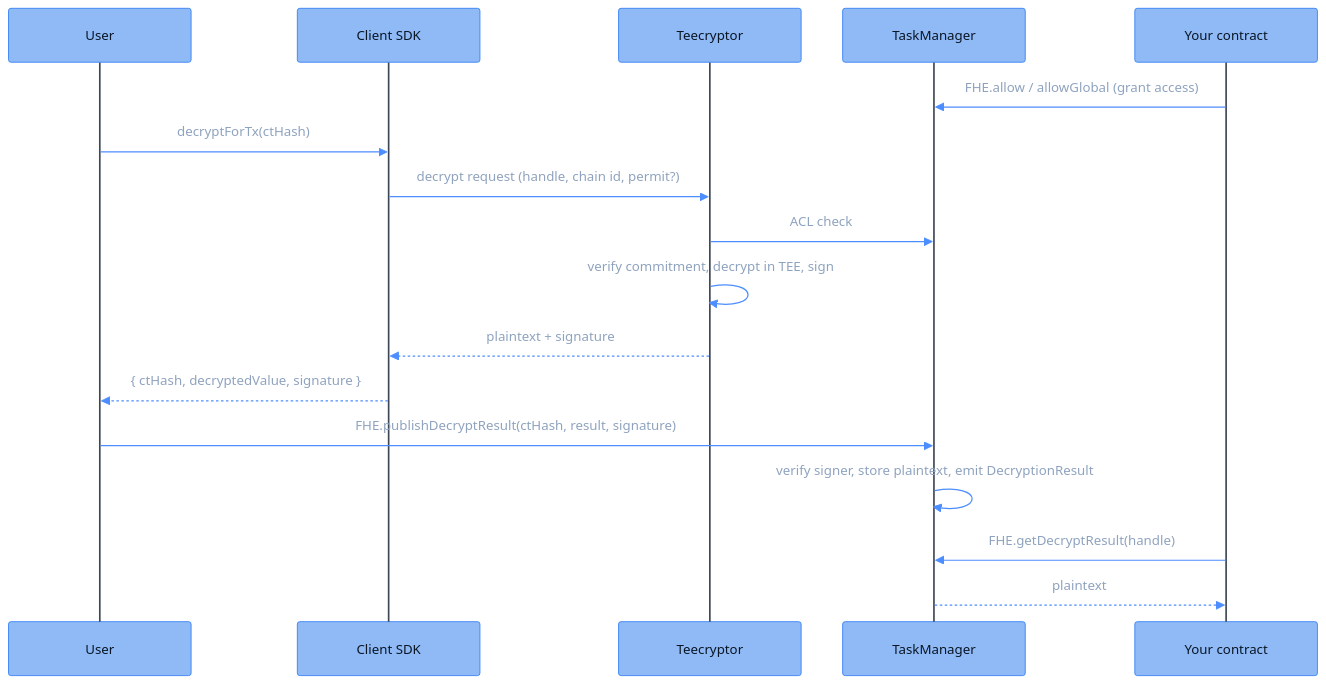
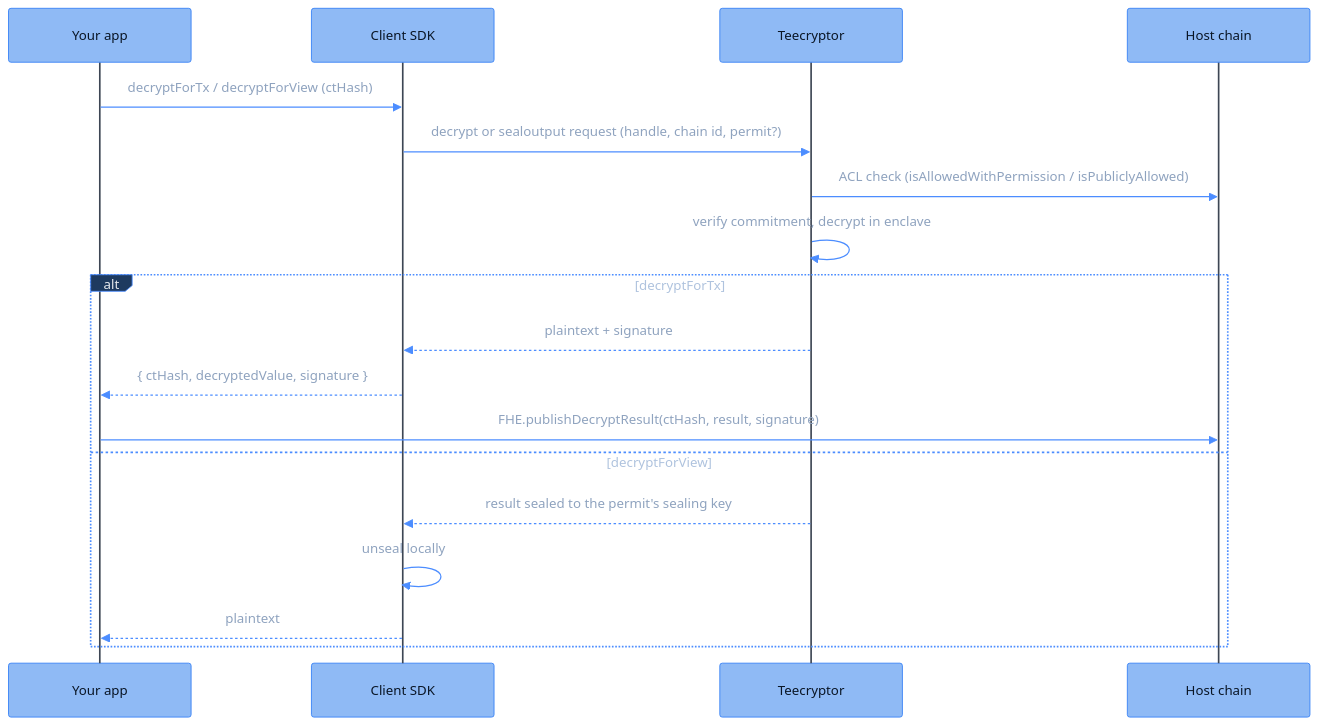
Before and after one commit to FhenixProtocol/fhenix-developer-docs: the diagram in deep-dive/data-flows/decryption-request-flow.mdx, drawn with Mermaid. The commit also changed other lines of this file and 3 other files, not shown here.

Commit message:
[DOCS] deep-dive/decryption-request-flow: merge offchain decryption page into one Decryption Flow, redirect and SDK guide links

````diff
--- a/deep-dive/data-flows/decryption-request-flow.mdx
+++ b/deep-dive/data-flows/decryption-request-flow.mdx
@@ -78,21 +91,22 @@
 ```mermaid
 %%{init: {"theme": "base", "themeVariables": {"fontFamily": "Menlo, Monaco, Consolas, monospace", "fontSize": "13px", "primaryColor": "#8FBAF5", "primaryBorderColor": "#2E7CF6", "primaryTextColor": "#0A1626", "lineColor": "#4C8DFF", "signalColor": "#4C8DFF", "signalTextColor": "#8FA3BF", "actorBkg": "#8FBAF5", "actorBorder": "#2E7CF6", "actorTextColor": "#0A1626", "actorLineColor": "#3D4654", "noteBkgColor": "#14171C", "noteBorderColor": "#3D4654", "noteTextColor": "#AFC3DE", "activationBkgColor": "#1E3A5F", "activationBorderColor": "#4C8DFF", "clusterBkg": "#14171C", "clusterBorder": "#3D4654", "titleColor": "#E7EAEE", "edgeLabelBackground": "#8FBAF5", "textColor": "#AFC3DE", "labelTextColor": "#E7EAEE", "tertiaryColor": "#14171C", "loopTextColor": "#AFC3DE", "labelBoxBkgColor": "#1E3A5F", "labelBoxBorderColor": "#4C8DFF"}, "sequence": {"actorFontFamily": "Menlo, Monaco, Consolas, monospace", "messageFontFamily": "Menlo, Monaco, Consolas, monospace", "noteFontFamily": "Menlo, Monaco, Consolas, monospace", "width": 220}}}%%
 sequenceDiagram
-    participant User
+    participant App as Your app
     participant SDK as Client SDK
     participant Teecryptor
-    participant TaskManager
-    participant Contract as Your contract
+    participant Chain as Host chain
 
-    Contract->>TaskManager: FHE.allow / allowGlobal (grant access)
-    User->>SDK: decryptForTx(ctHash)
-    SDK->>Teecryptor: decrypt request (handle, chain id, permit?)
-    Teecryptor->>TaskManager: ACL check
-    Teecryptor->>Teecryptor: verify commitment, decrypt in TEE, sign
-    Teecryptor-->>SDK: plaintext + signature
-    SDK-->>User: { ctHash, decryptedValue, signature }
-    User->>TaskManager: FHE.publishDecryptResult(ctHash, result, signature)
-    TaskManager->>TaskManager: verify signer, store plaintext, emit DecryptionResult
-    Contract->>TaskManager: FHE.getDecryptResult(handle)
-    TaskManager-->>Contract: plaintext
+    App->>SDK: decryptForTx / decryptForView (ctHash)
+    SDK->>Teecryptor: decrypt or sealoutput request (handle, chain id, permit?)
+    Teecryptor->>Chain: ACL check (isAllowedWithPermission / isPubliclyAllowed)
+    Teecryptor->>Teecryptor: verify commitment, decrypt in enclave
+    alt decryptForTx
+        Teecryptor-->>SDK: plaintext + signature
+        SDK-->>App: { ctHash, decryptedValue, signature }
+        App->>Chain: FHE.publishDecryptResult(ctHash, result, signature)
+    else decryptForView
+        Teecryptor-->>SDK: result sealed to the permit's sealing key
+        SDK->>SDK: unseal locally
+        SDK-->>App: plaintext
+    end
 ```
````
